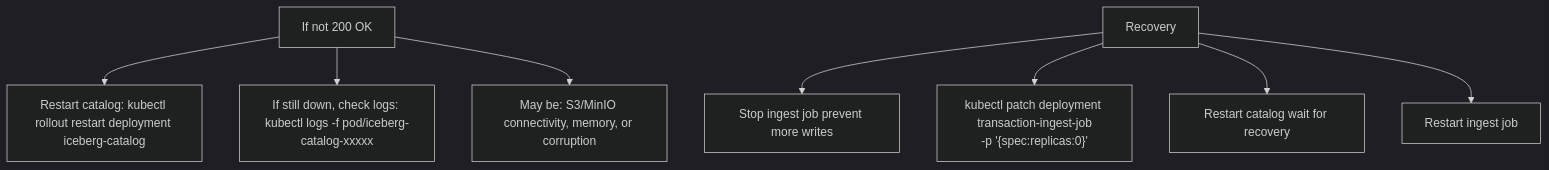
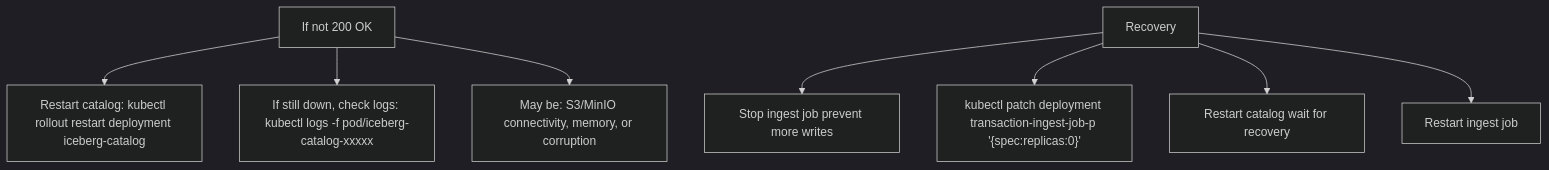
Before and after one commit to naren-chakraview/chakraview-fintech-data-mesh: the third of 8 diagrams in docs/production/troubleshooting.md, drawn with Mermaid (dark theme). The commit also changed other lines of this file and 9 other files, not shown here.

Commit message:
fix: remove HTML br tags from mermaid diagrams and fix diagram syntax for v11 compatibility

````diff
--- a/docs/production/troubleshooting.md
+++ b/docs/production/troubleshooting.md
@@ -86,13 +86,13 @@
 ```mermaid
 graph TD
     A["If not 200 OK"]
     A --> A1["Restart catalog: kubectl rollout restart deployment iceberg-catalog"]
     A --> A2["If still down, check logs: kubectl logs -f pod/iceberg-catalog-xxxxx"]
     A --> A3["May be: S3/MinIO connectivity, memory, or corruption"]
     
     B["Recovery"]
     B --> B1["Stop ingest job prevent more writes"]
-    B --> B2["kubectl patch deployment transaction-ingest-job<br/>-p '{spec:replicas:0}'"]
+    B --> B2["kubectl patch deployment transaction-ingest-job-p '{spec:replicas:0}'"]
     B --> B3["Restart catalog wait for recovery"]
     B --> B4["Restart ingest job"]
 ```
````
